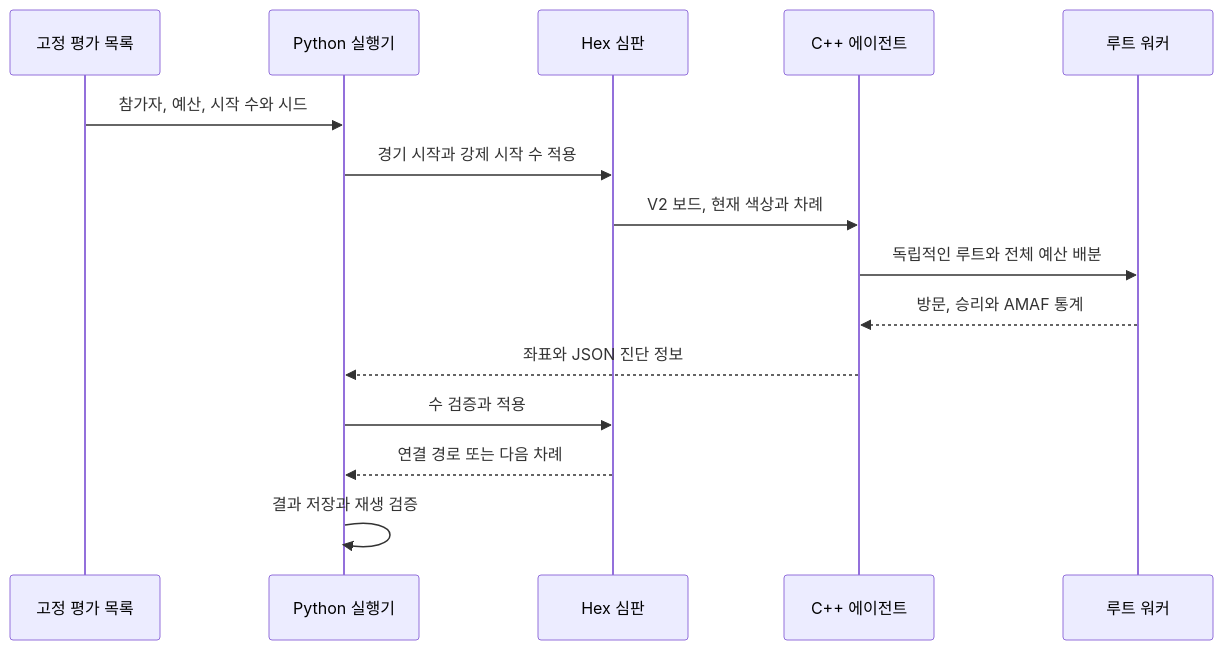
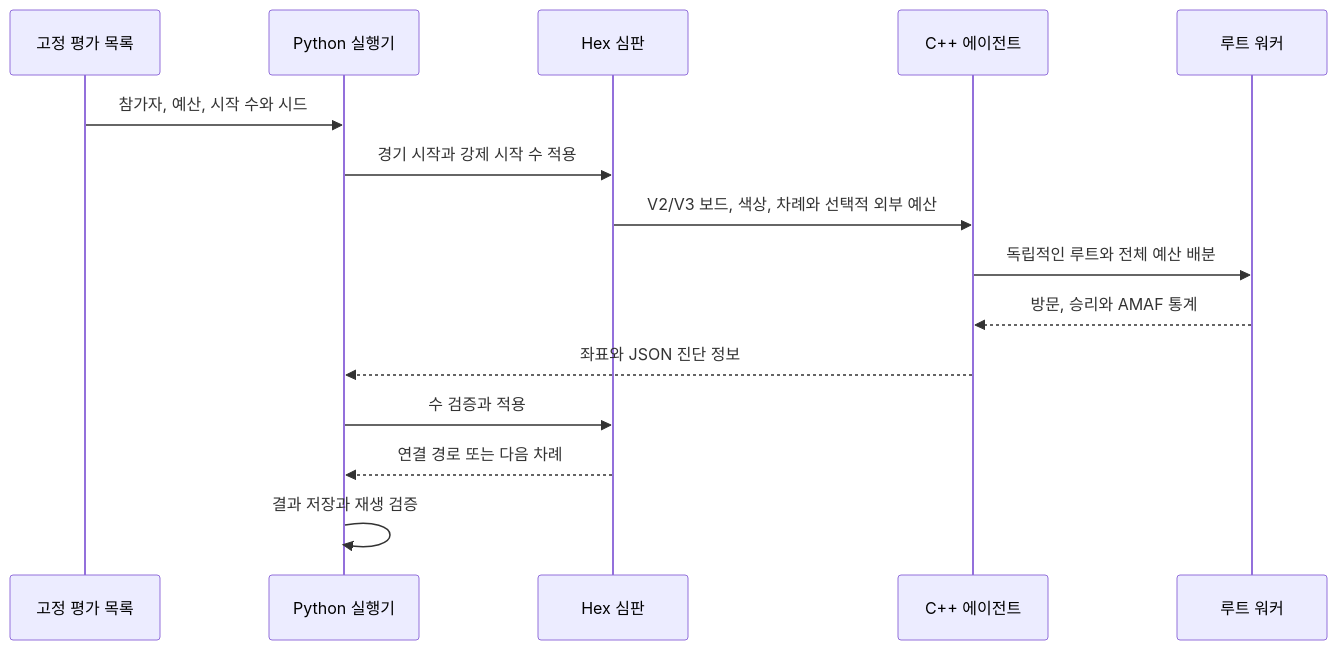
Before and after one commit to Dongmyung378/AI-and-Games: the diagram in docs/architecture.ko.md, drawn with Mermaid. The commit also changed other lines of this file and 2073 other files, not shown here.

````diff
--- a/docs/architecture.ko.md
+++ b/docs/architecture.ko.md
@@ -18,17 +18,17 @@
 ```mermaid
 sequenceDiagram
     participant Manifest as 고정 평가 목록
     participant Runner as Python 실행기
     participant Referee as Hex 심판
     participant Native as C++ 에이전트
     participant Workers as 루트 워커
     Manifest->>Runner: 참가자, 예산, 시작 수와 시드
     Runner->>Referee: 경기 시작과 강제 시작 수 적용
-    Referee->>Native: V2 보드, 현재 색상과 차례
+    Referee->>Native: V2/V3 보드, 색상, 차례와 선택적 외부 예산
     Native->>Workers: 독립적인 루트와 전체 예산 배분
     Workers-->>Native: 방문, 승리와 AMAF 통계
     Native-->>Runner: 좌표와 JSON 진단 정보
     Runner->>Referee: 수 검증과 적용
     Referee-->>Runner: 연결 경로 또는 다음 차례
     Runner->>Runner: 결과 저장과 재생 검증
 ```
````
